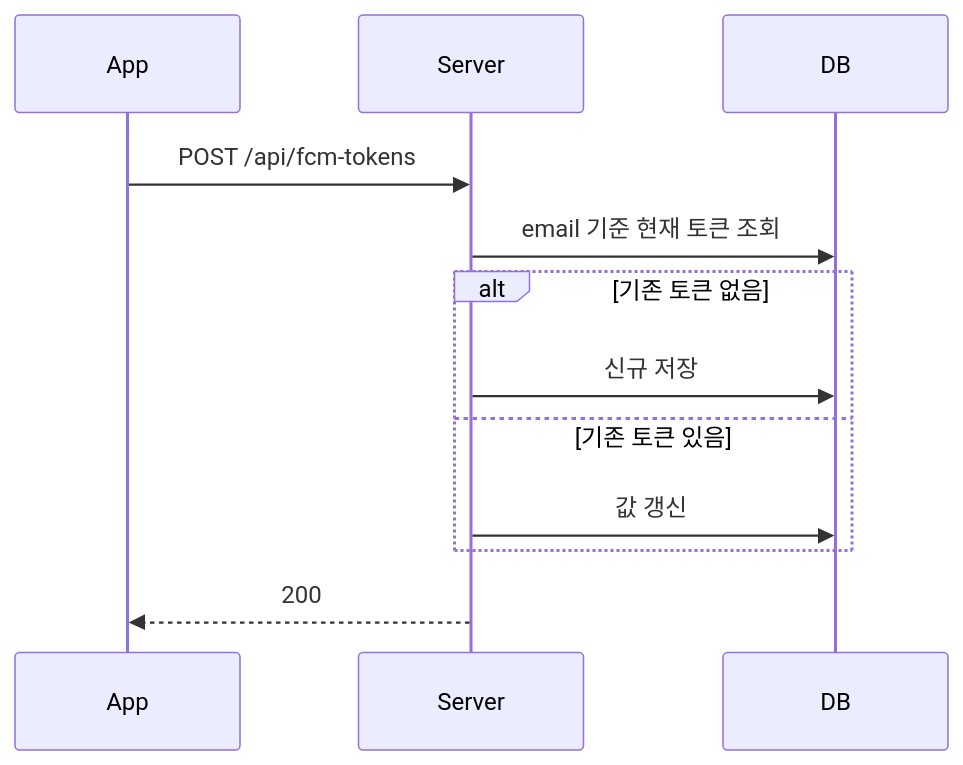
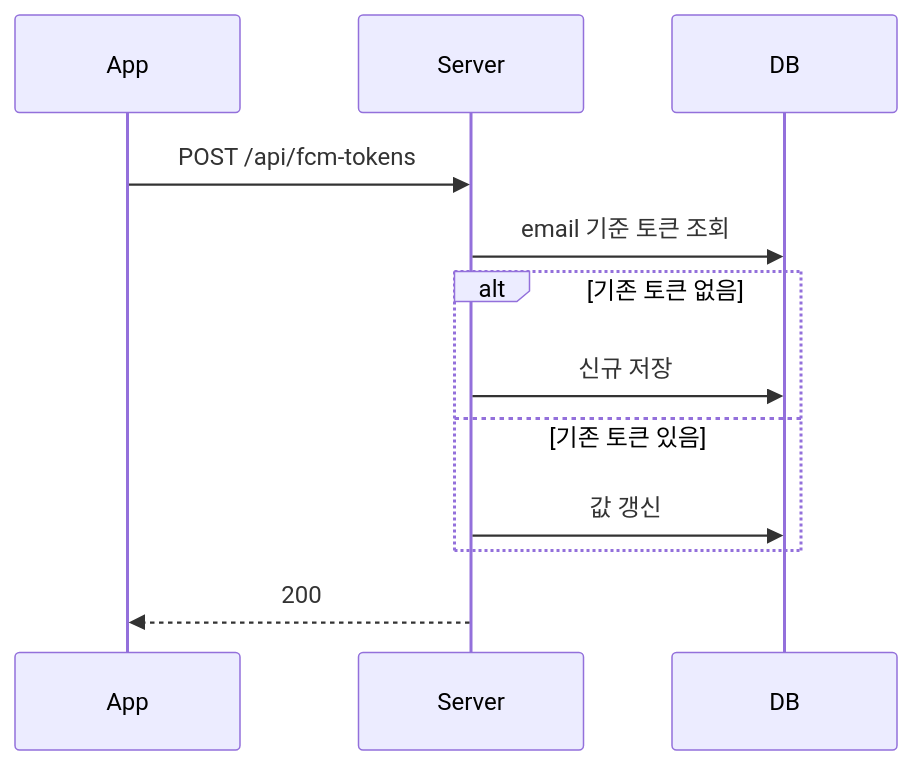
Before and after one commit to ImHereOfRati/server: the first of 2 diagrams in docs/flows/fcm-token-failure-chain.md, drawn with Mermaid. The commit also changed other lines of this file and 161 other files, not shown here.

````diff
--- a/docs/flows/fcm-token-failure-chain.md
+++ b/docs/flows/fcm-token-failure-chain.md
@@ -19,15 +16,15 @@
 ```mermaid
 sequenceDiagram
     participant App
     participant Server
     participant DB
 
     App->>Server: POST /api/fcm-tokens
-    Server->>DB: email 기준 현재 토큰 조회
+    Server->>DB: email 기준 토큰 조회
     alt 기존 토큰 없음
         Server->>DB: 신규 저장
     else 기존 토큰 있음
         Server->>DB: 값 갱신
     end
     Server-->>App: 200
 ```
````
